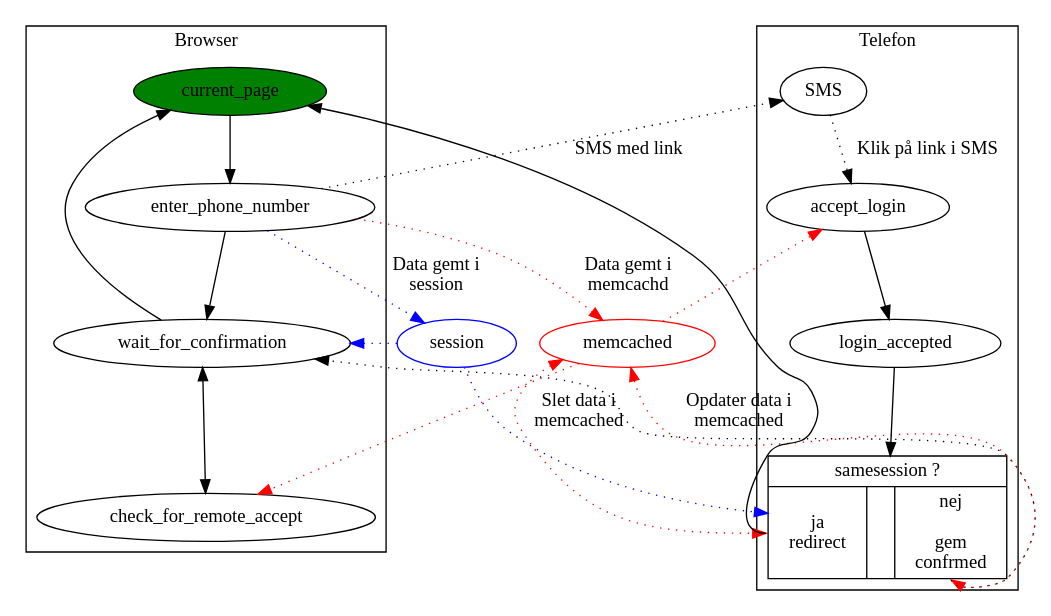
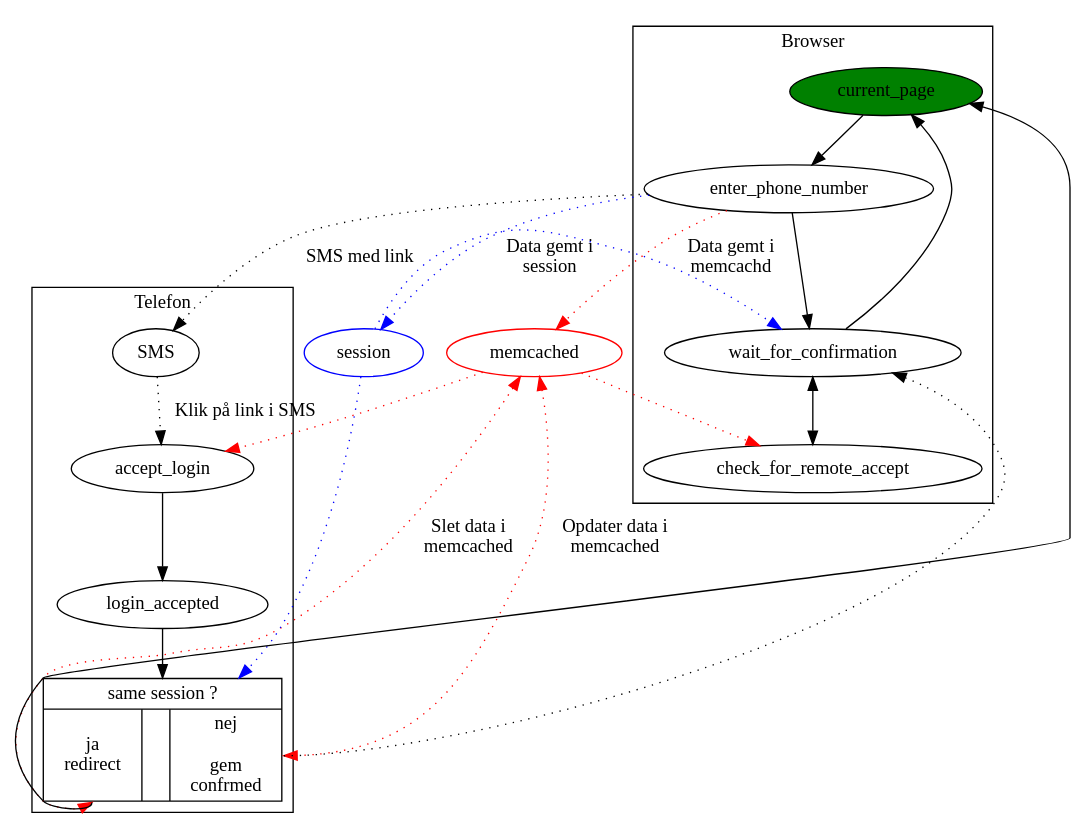
Before and after one commit to alslug/alslug.dk: the diagram in projekter/sms-login.dot, drawn with Graphviz.

```diff
--- a/projekter/sms-login.dot
+++ b/projekter/sms-login.dot
@@ -1,40 +1,40 @@
 digraph xxx {
   {
     edge [ color=red style=dotted ];
 ////////////////////////////////////////////////////////////////////////////////////////////
     enter_phone_number -> memcached [ label="Data gemt i \nmemcachd"]; /////
                           memcached [ color = red ];
                           memcached -> check_for_remote_accept;
                           memcached -> accept_login;
                           memcached -> same_session:ja [ label = "Slet data i \nmemcached" dir=both ];
                           memcached -> same_session:nej [ label = "Opdater data i \nmemcached" dir=both ];
 ////////////////////////////////////////////////////////////////////////////////////////////
   }
   {
     edge [ color=blue style=dotted ];
 ////////////////////////////////////////////////////////////////////////////////////////////
         enter_phone_number -> session [ label="Data gemt i \nsession"];    /////
                               session [ color = blue ];
                               session -> wait_for_confirmation;
                               session -> same_session;
 ////////////////////////////////////////////////////////////////////////////////////////////
   }
   subgraph cluster_browser {
     label = "Browser";
 
     current_page [ style=filled fillcolor=green ];
     current_page -> enter_phone_number -> wait_for_confirmation;
                                           wait_for_confirmation -> check_for_remote_accept [ dir=both ];
     current_page -> wait_for_confirmation [ dir=back ];
   }
   subgraph cluster_telefon {
     label = "Telefon";
-    same_session [ shape=record label="{samesession ?|{<ja> ja\nredirect| &nbsp; |<nej> nej\n\ngem\nconfrmed}}" ];
+    same_session [ shape=record label="{same session ?|{<ja> ja\nredirect| &nbsp; |<nej> nej\n\ngem\nconfrmed}}" ];
     SMS -> accept_login [ style=dotted label="Klik på link i SMS" ];
            accept_login -> login_accepted-> same_session;
-                                            same_session:ja -> current_page;
                                             same_session:nej -> wait_for_confirmation [ style=dotted ];
+                            current_page -> same_session:ja [ dir=back ];
   }
   
   enter_phone_number -> SMS [ style= dotted label="SMS med link"];
 }
```
